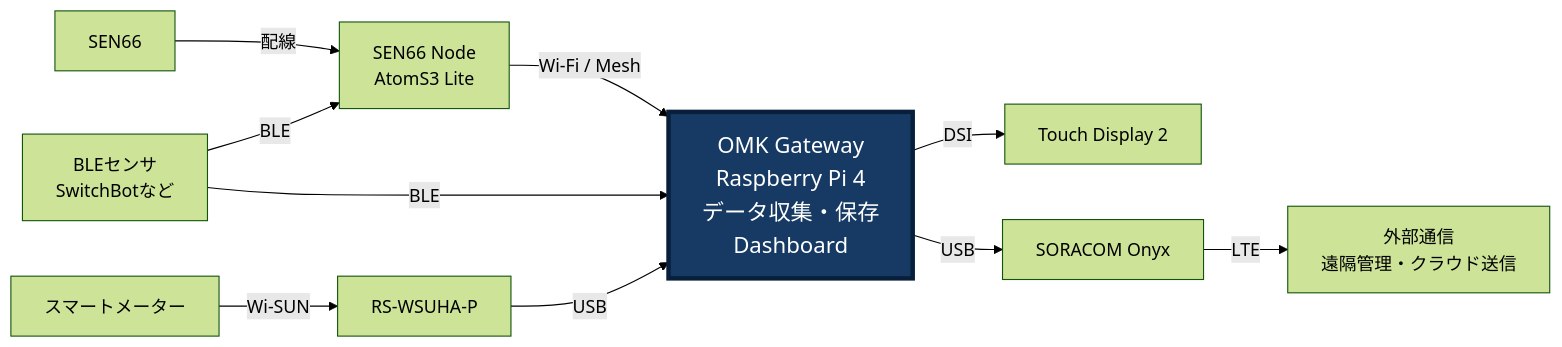
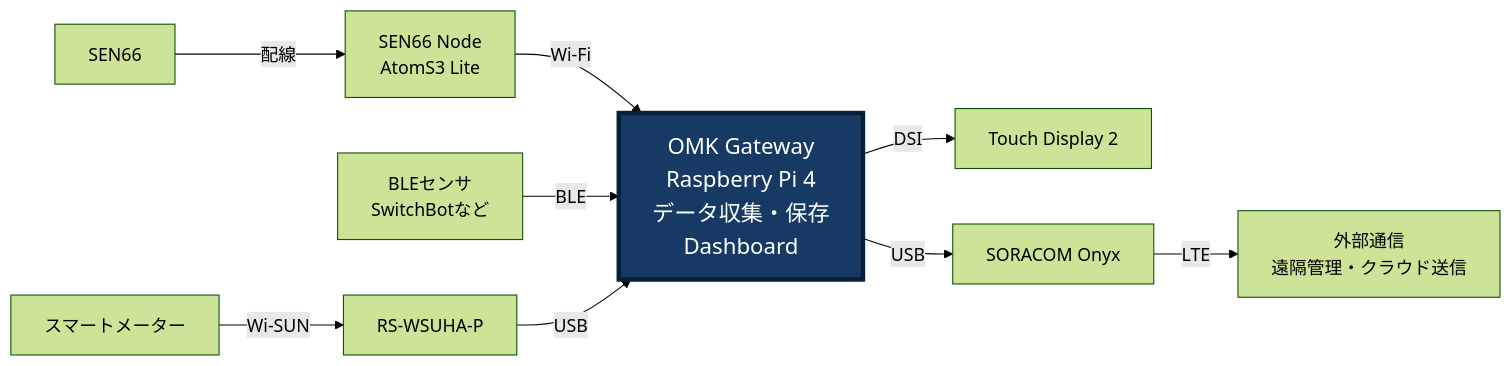
Before and after one commit to shattori-criepi/omk: the diagram in docs/user/getting-started.md, drawn with Mermaid (forest theme). The commit also changed other lines of this file and 20 other files, not shown here.

Commit message:
Streamline OMK first-time setup flow

````diff
--- a/docs/user/getting-started.md
+++ b/docs/user/getting-started.md
@@ -19,14 +21,13 @@
 ```mermaid
 flowchart LR
     sen66["SEN66"] -->|配線| node["SEN66 Node<br/>AtomS3 Lite"]
-    node -->|Wi-Fi / Mesh| gw["OMK Gateway<br/>Raspberry Pi 4<br/>データ収集・保存<br/>Dashboard"]
+    node -->|Wi-Fi| gw["OMK Gateway<br/>Raspberry Pi 4<br/>データ収集・保存<br/>Dashboard"]
     ble["BLEセンサ<br/>SwitchBotなど"] -->|BLE| gw
-    ble -->|BLE| node
     meter["スマートメーター"] -->|Wi-SUN| adapter["RS-WSUHA-P"]
     adapter -->|USB| gw
     gw -->|DSI| display["Touch Display 2"]
     gw -->|USB| onyx["SORACOM Onyx"]
     onyx -->|LTE| external["外部通信<br/>遠隔管理・クラウド送信"]
     classDef gateway fill:#163a63,color:#fff,stroke:#071f3a,stroke-width:4px,font-size:20px;
     class gw gateway;
 ```
````
